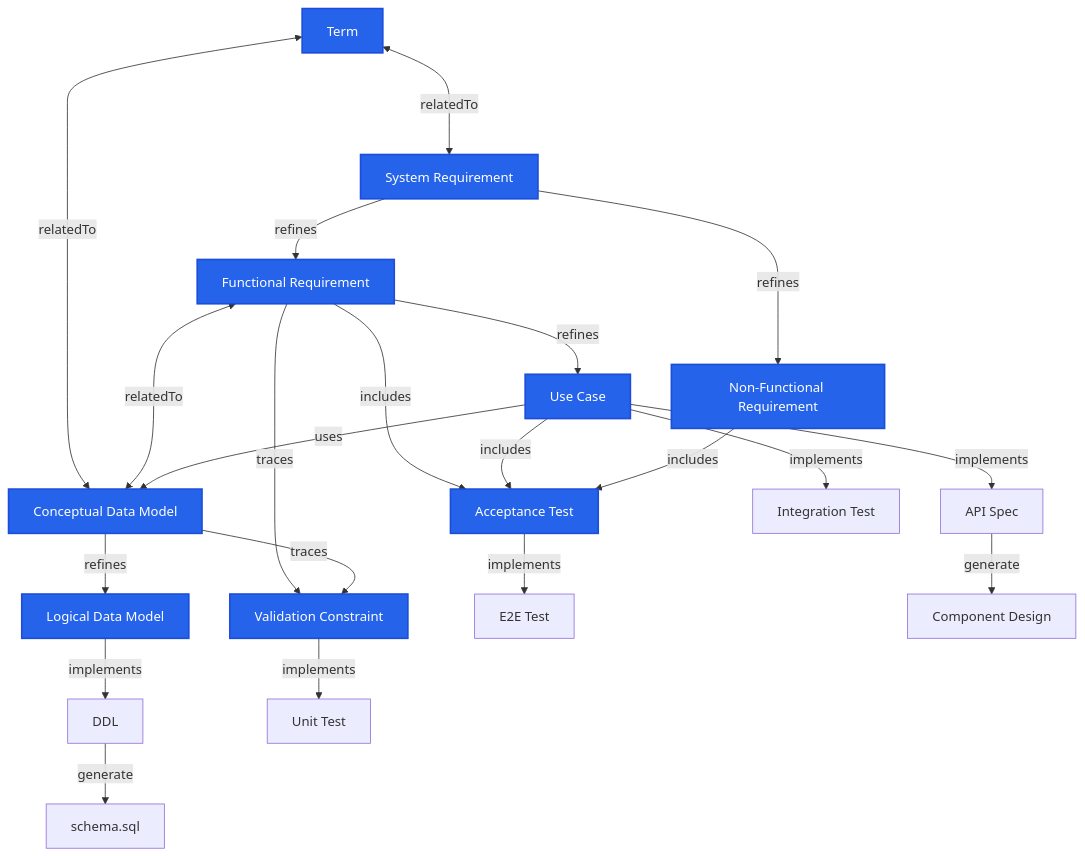
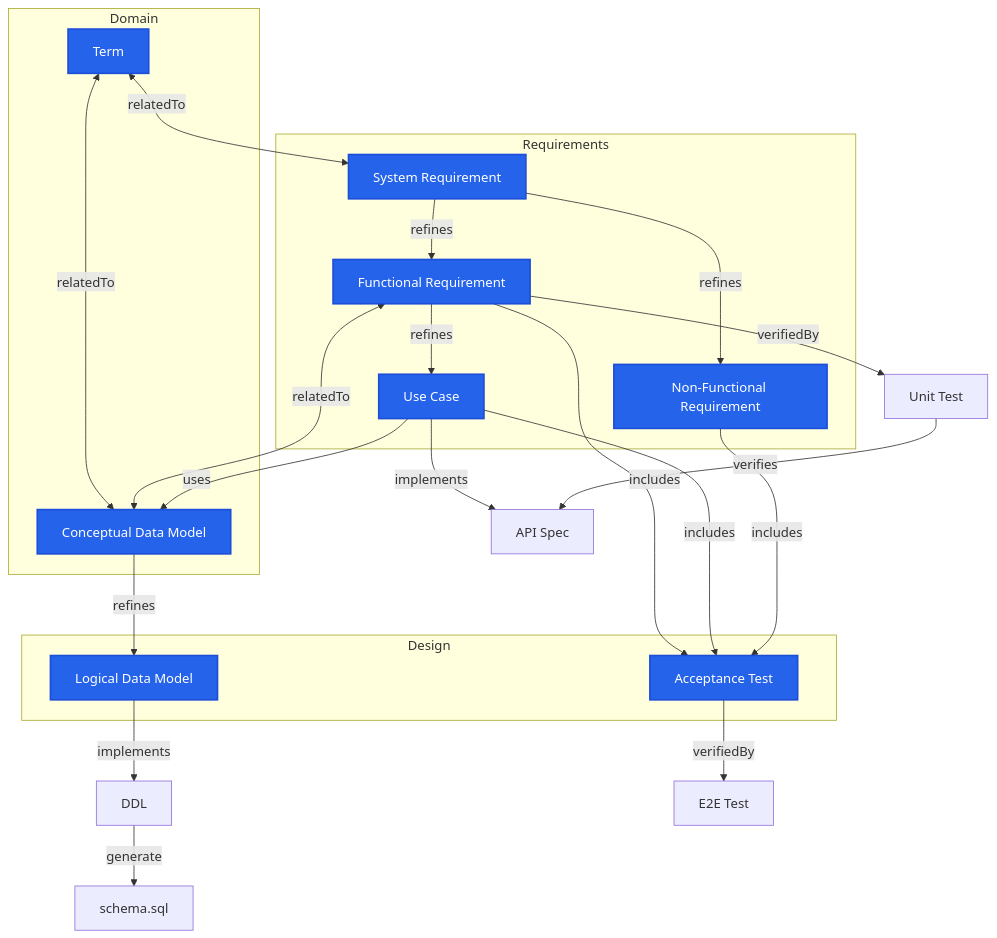
The diagram in docs/scaffold-mermaid-spec.md (foo-ogawa/speckeeper), drawn with Mermaid before and after one commit. The commit also changed other lines of this file and 3 other files, not shown here.

````diff
--- a/docs/scaffold-mermaid-spec.md
+++ b/docs/scaffold-mermaid-spec.md
@@ -241,31 +274,54 @@
 ```mermaid
 flowchart TB
-  TERM[Term] <--->|relatedTo| SR[System Requirement]
-  SR -->|refines| FR[Functional Requirement]
-  SR -->|refines| NFR[Non-Functional Requirement]
+  subgraph L0[Domain]
+    TERM[Term]
+    CDM[Conceptual Data Model]
+  end
 
-  TERM <-->|relatedTo| CDM[Conceptual Data Model]
-  FR -->|refines| UC[Use Case]
+  subgraph L1[Requirements]
+    SR[System Requirement]
+    FR[Functional Requirement]
+    NFR[Non-Functional Requirement]
+    UC[Use Case]
+  end
+
+  subgraph L2[Design]
+    LDM[Logical Data Model]
+    AT[Acceptance Test]
+  end
+
+  TERM <-->|relatedTo| SR
+  TERM <-->|relatedTo| CDM
+  SR -->|refines| FR
+  SR -->|refines| NFR
+  FR -->|refines| UC
   FR <-->|relatedTo| CDM
   UC -->|uses| CDM
 
-  UC -->|implements| API[API Spec]
-  CDM -->|refines| LDM[Logical Data Model]
-  LDM -->|implements| DDL[DDL]
-
-  FR -->|includes| AT[Acceptance Test]
+  CDM -->|refines| LDM
+  FR -->|includes| AT
   UC -->|includes| AT
   NFR -->|includes| AT
-  FR -->|traces| VC[Validation Constraint]
-  CDM -->|traces| VC
 
-  AT -->|implements| E2ET[E2E Test]
-  UC -->|implements| IT[Integration Test]
-  VC -->|implements| UT[Unit Test]
+  UC -->|implements| API[API Spec]
+  LDM -->|implements| DDL[DDL]
+  FR -->|verifiedBy| UT[Unit Test]
+  AT -->|verifiedBy| E2ET[E2E Test]
 
   DDL -->|generate| DBS[schema.sql]
-  API -->|generate| COMPIF[Component Design]
+  UT -->|verifies| API
 
   classDef speckeeper fill:#2563EB,stroke:#1D4ED8,color:#fff,stroke-width:2px
-  class TERM,SR,FR,NFR,CDM,UC,LDM,AT,DT,VC speckeeper
+  class TERM,SR,FR,NFR,CDM,UC,LDM,AT speckeeper
+
+  class TERM term
+  class CDM,LDM entity
+  class SR systemRequirement
+  class FR,NFR requirement
+  class UC useCase
+  class AT acceptanceTest
+
+  class API openapi
+  class DDL sqlschema
+  class UT,E2ET test
 ```
````
